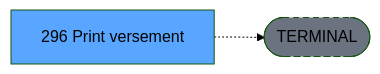
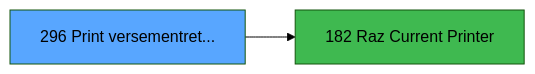
The third of 3 diagrams in .openspec/specs/ADH-IDE-296.md (thonyAGP/magic-migration), drawn with Mermaid (forest theme) before and after one commit. The commit also changed other lines of this file and 253 other files, not shown here.

````diff
--- a/.openspec/specs/ADH-IDE-296.md
+++ b/.openspec/specs/ADH-IDE-296.md
@@ -135,8 +439,8 @@
 ```mermaid
 graph LR
-    T[296 Print versement]
-    TERM([TERMINAL])
-    T -.-> TERM
-    style TERM fill:#6b7280,stroke-dasharray: 5 5
-    style T fill:#58a6ff,color:#000
+    T296[296 Print versementret...]
+    style T296 fill:#58a6ff
+    C182[182 Raz Current Printer]
+    T296 --> C182
+    style C182 fill:#3fb950
 ```
````
